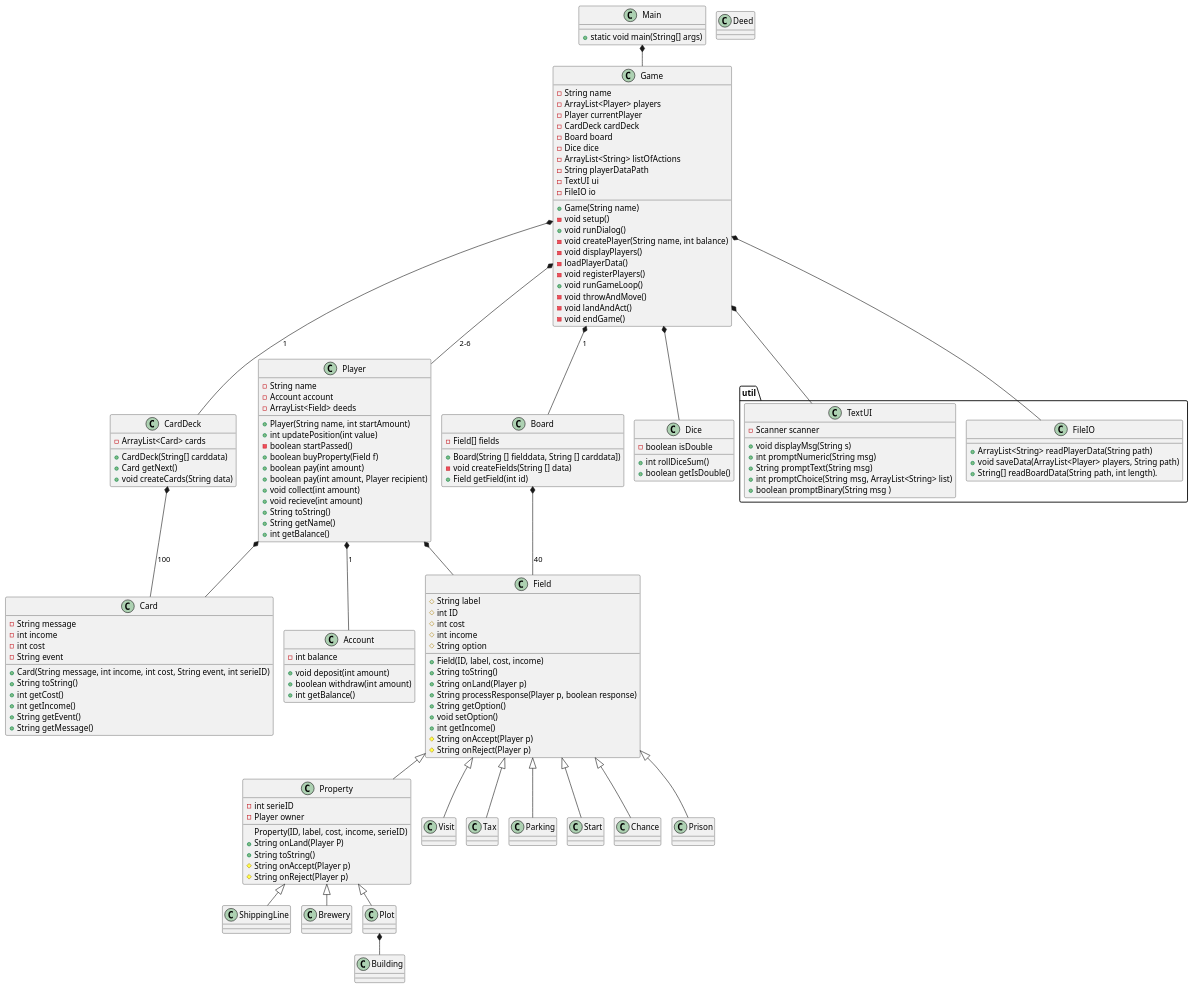
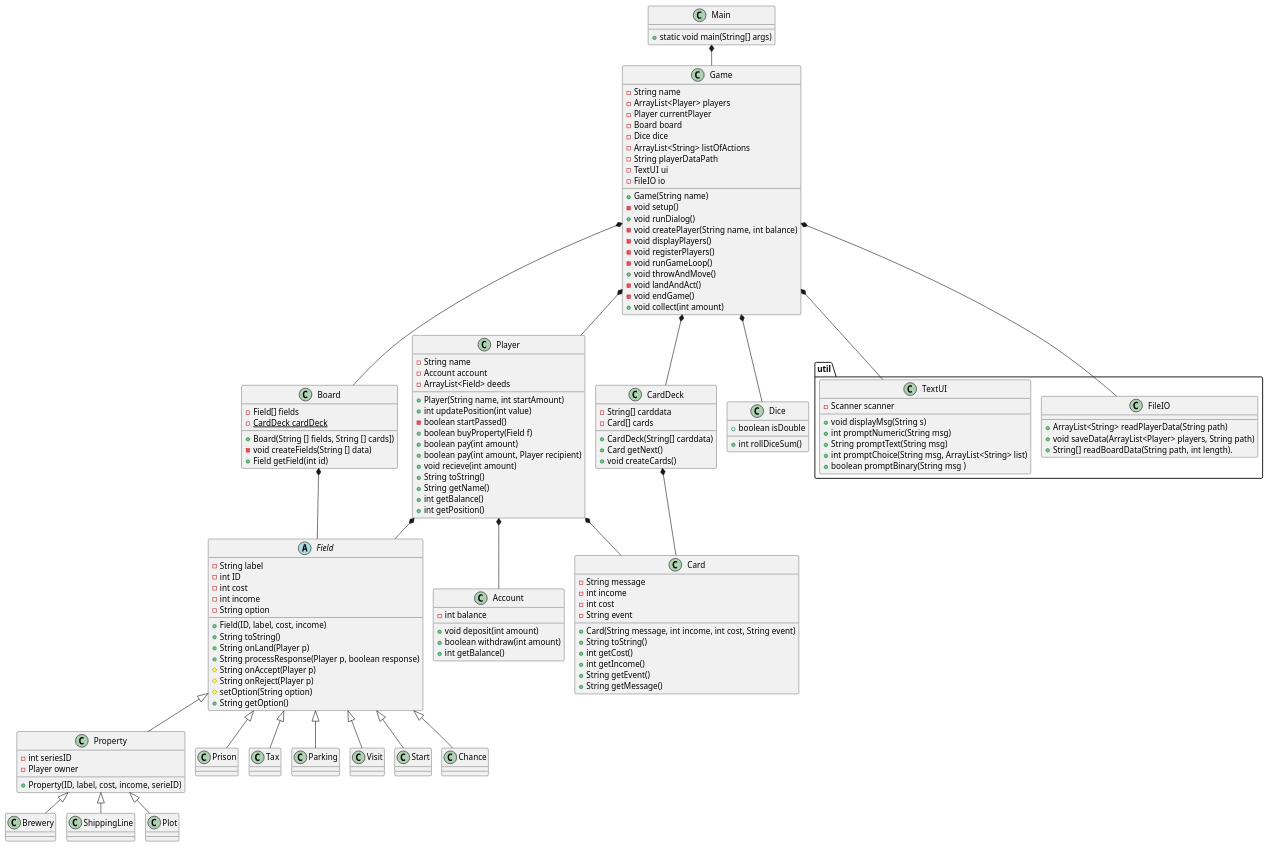
Before and after one commit to Dat1Cphbusiness/MonopolyE24: the diagram in doc/Plan/static/classdiagram_v2.puml, drawn with PlantUML. The commit also changed 8 other files, not shown here.

```diff
--- a/doc/Plan/static/classdiagram_v2.puml
+++ b/doc/Plan/static/classdiagram_v2.puml
@@ -1,173 +1,158 @@
 @startuml
 !pragma layout smetana
+
 class Main{
 + static void main(String[] args)
 }
 
+class Property
+{
+    - int seriesID
+    - Player owner
+    + Property(ID, label, cost, income, serieID)
 
+}
 
 
 class Game{
  - String name
  - ArrayList<Player> players
  - Player currentPlayer
- - CardDeck cardDeck
  - Board board
  - Dice dice
  'utilities
   - ArrayList<String> listOfActions
   - String playerDataPath
   - TextUI ui
   - FileIO io
   'Contructor
  + Game(String name)
  'Methods
  - void setup()
  + void runDialog()
  - void createPlayer(String name, int balance)
  - void displayPlayers()
-  - loadPlayerData()
  - void registerPlayers()
- + void runGameLoop()
- - void throwAndMove()
+ - void runGameLoop()
+ + void throwAndMove()
  - void landAndAct()
  - void endGame()
-
+ + void collect(int amount)
+ 'collect(int amount): gennemløber listen af spillere:
+   'for (Player p:players)
+   'I loop’et, træk beløbet fra alle andre spillere end currentPlayer:
+   'p.pay(amount, this);
 }
 
 class Player{
 - String name
 - Account account
 - ArrayList<Field> deeds
 + Player(String name, int startAmount)
 + int updatePosition(int value)
 - boolean startPassed()
 + boolean buyProperty(Field f)
 + boolean pay(int amount)
 + boolean pay(int amount, Player recipient)
-+ void collect(int amount)
 + void recieve(int amount)
 + String toString()
 + String getName()
 + int getBalance()
++ int getPosition()
 }
 class Account{
 - int balance
 + void deposit(int amount)
 + boolean withdraw(int amount)
 + int getBalance()
 }
+package "util" {
+class FileIO{
++ ArrayList<String> readPlayerData(String path)
++ void saveData(ArrayList<Player> players, String path)
++ String[] readBoardData(String path, int length).
+}
 
-
-
-
-class Field{
- # String label
- # int ID
- # int cost
- # int income
- #String option
+class TextUI{
+- Scanner scanner
++ void displayMsg(String s)
++ int promptNumeric(String msg)
++ String promptText(String msg)
++ int promptChoice(String msg, ArrayList<String> list)
++ boolean promptBinary(String msg )
+}
+}
+abstract class Field{
+- String label
+ - int ID
+ - int cost
+ - int income
+ - String option
  + Field(ID, label, cost, income)
  + String toString()
  + String onLand(Player p)
  + String processResponse(Player p, boolean response)
- + String getOption()
- + void setOption()
- + int getIncome()
  # String onAccept(Player p)
  # String onReject(Player p)
-}
-class Property{
-- int serieID
-- Player owner
-Property(ID, label, cost, income, serieID)
-+String onLand(Player P)
-+String toString()
-#String onAccept(Player p)
-#String onReject(Player p)
+ # setOption(String option)
+ + String getOption()
 }
 class Board{
  - Field[] fields
- + Board(String [] fielddata, String [] carddata])
+ - {static} CardDeck cardDeck
+ + Board(String [] fields, String [] cards])
  - void createFields(String [] data)
  + Field getField(int id)
 }
 
 class CardDeck {
-- ArrayList<Card> cards
+- String[] carddata
+- Card[] cards
 + CardDeck(String[] carddata)
 + Card getNext()
-+ void createCards(String data)
++ void createCards()
 }
 class Card{
 -String message
 -int income
 -int cost
 -String event
-+Card(String message, int income, int cost, String event, int serieID)
++Card(String message, int income, int cost, String event)
 +String toString()
 + int getCost()
 + int getIncome()
 + String getEvent()
 + String getMessage()
 }
 
 class Dice{
- - boolean isDouble
+ +boolean isDouble
  +int rollDiceSum()
- +boolean getIsDouble()
  }
- class Visit
- class Tax
- class Parking
- class Start
- class Chance
- class ShippingLine
- class Brewery
- class Building
- class Deed
- class Plot
-
-package "util" {
-class TextUI{
-- Scanner scanner
-+ void displayMsg(String s)
-+ int promptNumeric(String msg)
-+ String promptText(String msg)
-+ int promptChoice(String msg, ArrayList<String> list)
-+ boolean promptBinary(String msg )
-}
-class FileIO{
-+ ArrayList<String> readPlayerData(String path)
-+ void saveData(ArrayList<Player> players, String path)
-+ String[] readBoardData(String path, int length).
-}
-}
 
 Game *-- TextUI
 Main *-- Game
-Game *-- Player: 2-6
+Game *-- Player
 Game *-- FileIO
-Player *-- Account:1
-Game *-- Board:1
-Board *-- Field:40
-Game *-- CardDeck:1
-CardDeck *-- Card:100
+Player *-- Account
+Game *-- Board
+Board *-- Field
+Game *-- CardDeck
+CardDeck *-- Card
 Game *-- Dice
 Player *-- Card
 Player *-- Field
 Field <|-- Property
+Property <|-- Brewery
+Property <|-- ShippingLine
+Property <|-- Plot
+Field <|-- Prison
+Field <|-- Tax
+Field <|-- Parking
 Field <|-- Visit
-Field <|-- Tax
+Field <|-- Start
 Field <|-- Chance
-Field <|-- Parking
-Field <|-- Start
-Field <|-- Prison
-Property <|-- ShippingLine
-Property <|-- Brewery
-Property <|-- Plot
-Plot *-- Building
 
 
 
 @enduml
```
